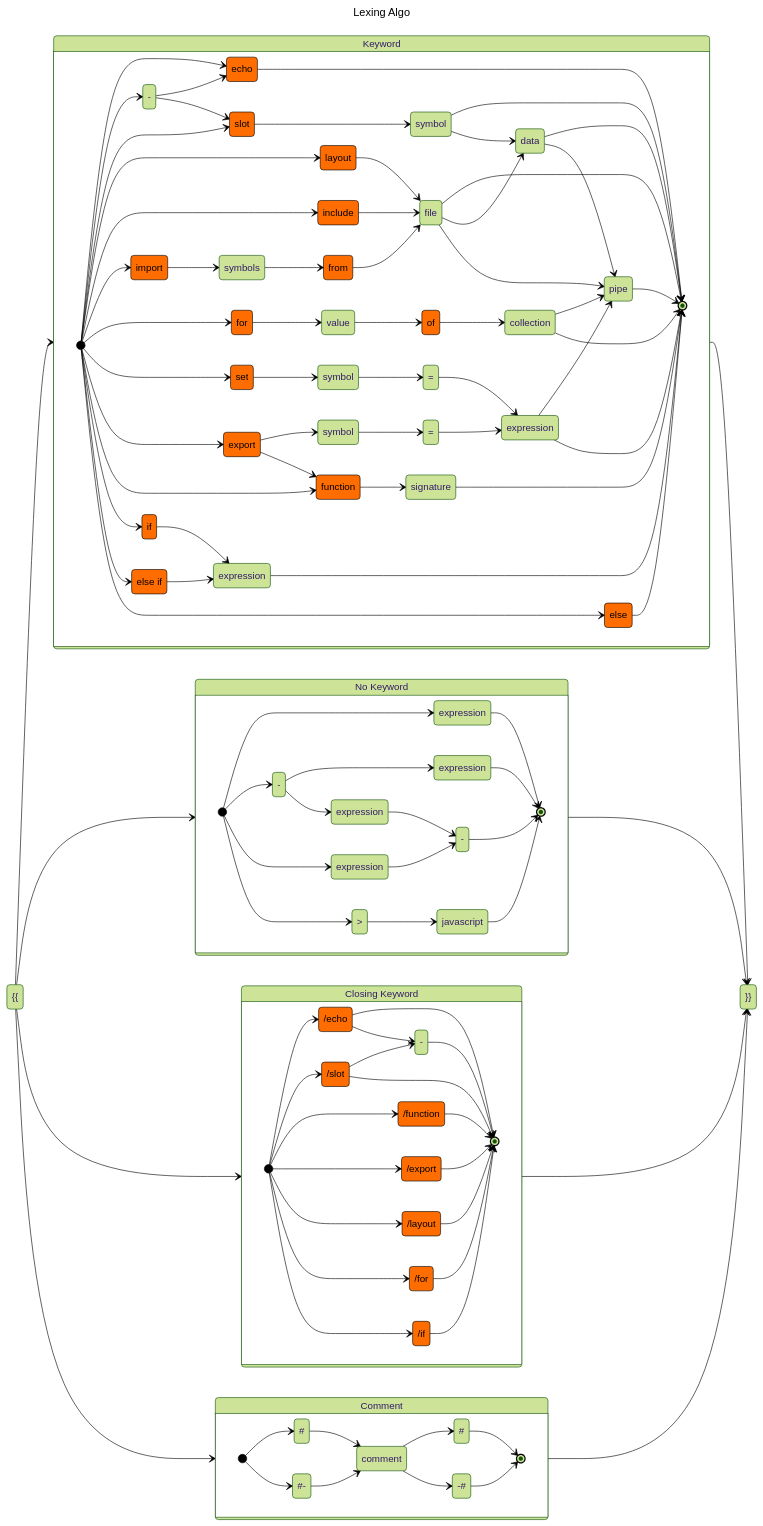
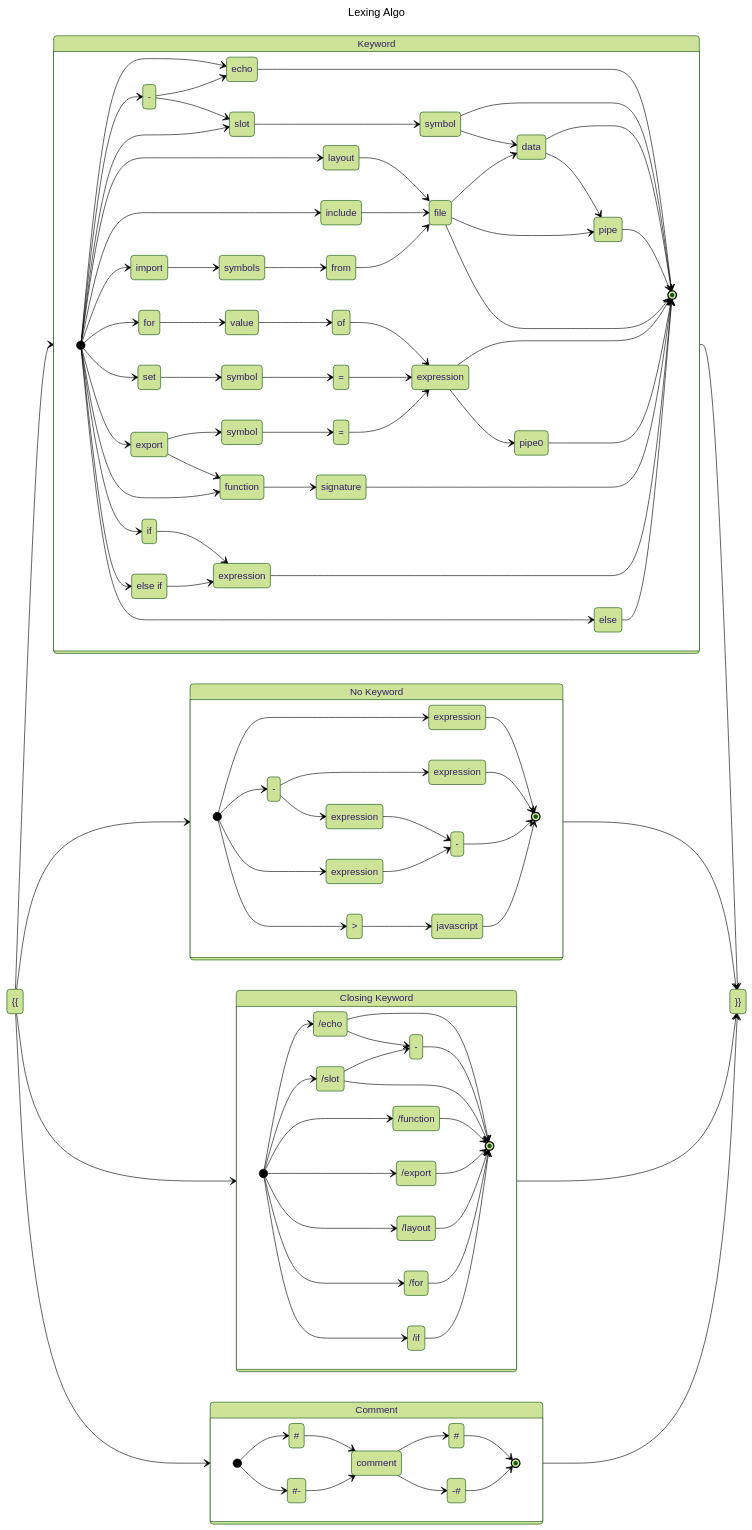
One commit to ventojs/webstorm-vento changed the first of 12 diagrams in statemachine-v2.md. Above: the diagram before and after it, drawn with Mermaid.

Commit message:
chore(docs): adjust state transitions and comment out redundant styles in `statemachine-v2.md`
- Updated state transitions for `file`, `data`, and `pipe` states for improved accuracy.
- Commented out redundant style definitions in the Mermaid diagram to reduce clutter.

````diff
--- a/statemachine-v2.md
+++ b/statemachine-v2.md
@@ -63,10 +63,10 @@
         [*] --> include
         include --> file
 
+        file --> data
+        file --> pipe
         file --> [*]
         data --> pipe
-        file --> data
-        file --> pipe
 
 
         [*] --> import
@@ -77,21 +77,18 @@
         [*] --> for
         for --> value
         value --> of
-        of --> collection
+        of --> kexp0
         echo --> [*]
         statement0 --> [*]
 
         [*] --> set
         set --> symbol1
-
         symbol1 --> eq1
         eq1 --> kexp0
 
-        kexp0 --> pipe
-        collection --> pipe
-
-        collection -->[*]
         kexp0 --> [*]
+        kexp0 --> pipe0
+        pipe0 --> [*]
 
 
         [*] --> export
@@ -209,27 +206,27 @@
     open --> comment
     comment --> close
 
-    style echo stroke:#000000,fill:#FF6D00,color:#000000
-    style function stroke:#000000,fill:#FF6D00,color:#000000
-    style import stroke:#000000,fill:#FF6D00,color:#000000
-    style from stroke:#000000,fill:#FF6D00,color:#000000
-    style export stroke:#000000,fill:#FF6D00,color:#000000
-    style layout stroke:#000000,fill:#FF6D00,color:#000000
-    style include stroke:#000000,fill:#FF6D00,color:#000000
-    style set stroke:#000000,fill:#FF6D00,color:#000000
-    style slot stroke:#000000,fill:#FF6D00,color:#000000
-    style for stroke:#000000,fill:#FF6D00,color:#000000
-    style of stroke:#000000,fill:#FF6D00,color:#000000
-    style if stroke:#000000,fill:#FF6D00,color:#000000
-    style else stroke:#000000,fill:#FF6D00,color:#000000
-    style elseif stroke:#000000,fill:#FF6D00,color:#000000
-
-    style cecho stroke:#000000,fill:#FF6D00,color:#000000
-    style cfunction stroke:#000000,fill:#FF6D00,color:#000000
-    style cexport stroke:#000000,fill:#FF6D00,color:#000000
-    style clayout stroke:#000000,fill:#FF6D00,color:#000000
-    style cslot stroke:#000000,fill:#FF6D00,color:#000000
-    style cfor stroke:#000000,fill:#FF6D00,color:#000000
-    style cif stroke:#000000,fill:#FF6D00,color:#000000
+%%    style echo stroke:#000000,fill:#FF6D00,color:#000000
+%%    style function stroke:#000000,fill:#FF6D00,color:#000000
+%%    style import stroke:#000000,fill:#FF6D00,color:#000000
+%%    style from stroke:#000000,fill:#FF6D00,color:#000000
+%%    style export stroke:#000000,fill:#FF6D00,color:#000000
+%%    style layout stroke:#000000,fill:#FF6D00,color:#000000
+%%    style include stroke:#000000,fill:#FF6D00,color:#000000
+%%    style set stroke:#000000,fill:#FF6D00,color:#000000
+%%    style slot stroke:#000000,fill:#FF6D00,color:#000000
+%%    style for stroke:#000000,fill:#FF6D00,color:#000000
+%%    style of stroke:#000000,fill:#FF6D00,color:#000000
+%%    style if stroke:#000000,fill:#FF6D00,color:#000000
+%%    style else stroke:#000000,fill:#FF6D00,color:#000000
+%%    style elseif stroke:#000000,fill:#FF6D00,color:#000000
+%%
+%%    style cecho stroke:#000000,fill:#FF6D00,color:#000000
+%%    style cfunction stroke:#000000,fill:#FF6D00,color:#000000
+%%    style cexport stroke:#000000,fill:#FF6D00,color:#000000
+%%    style clayout stroke:#000000,fill:#FF6D00,color:#000000
+%%    style cslot stroke:#000000,fill:#FF6D00,color:#000000
+%%    style cfor stroke:#000000,fill:#FF6D00,color:#000000
+%%    style cif stroke:#000000,fill:#FF6D00,color:#000000
 
 ```
````
